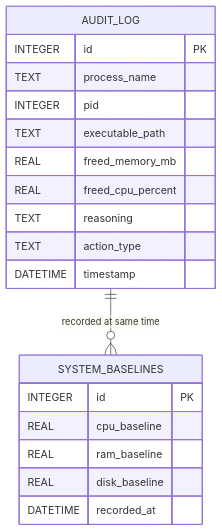
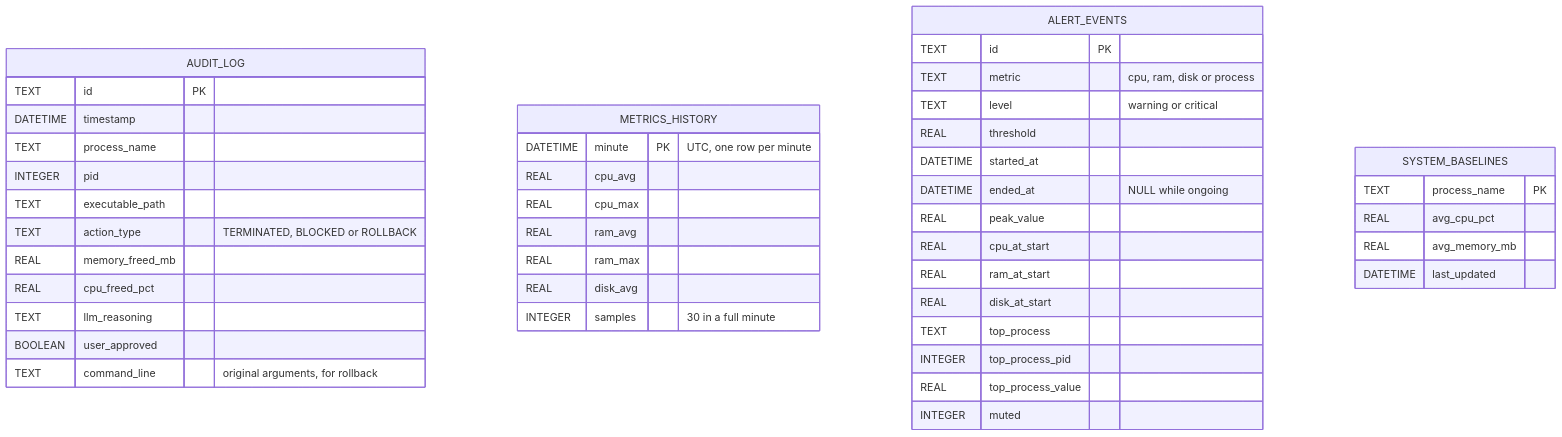
The fifth of 7 diagrams in README.md (Rahul-8283/KavanMCP), drawn with Mermaid before and after one commit. The commit also changed other lines of this file and 1 other file, not shown here.

First line of the commit message:
docs: bring the README up to date and make the audit part of closing a phase

````diff
--- a/README.md
+++ b/README.md
@@ -223,24 +220,50 @@
 ```mermaid
 erDiagram
     AUDIT_LOG {
-        INTEGER id PK
+        TEXT id PK
+        DATETIME timestamp
         TEXT process_name
         INTEGER pid
         TEXT executable_path
-        REAL freed_memory_mb
-        REAL freed_cpu_percent
-        TEXT reasoning
-        TEXT action_type
-        DATETIME timestamp
+        TEXT action_type "TERMINATED, BLOCKED or ROLLBACK"
+        REAL memory_freed_mb
+        REAL cpu_freed_pct
+        TEXT llm_reasoning
+        BOOLEAN user_approved
+        TEXT command_line "original arguments, for rollback"
+    }
+
+    METRICS_HISTORY {
+        DATETIME minute PK "UTC, one row per minute"
+        REAL cpu_avg
+        REAL cpu_max
+        REAL ram_avg
+        REAL ram_max
+        REAL disk_avg
+        INTEGER samples "30 in a full minute"
+    }
+
+    ALERT_EVENTS {
+        TEXT id PK
+        TEXT metric "cpu, ram, disk or process"
+        TEXT level "warning or critical"
+        REAL threshold
+        DATETIME started_at
+        DATETIME ended_at "NULL while ongoing"
+        REAL peak_value
+        REAL cpu_at_start
+        REAL ram_at_start
+        REAL disk_at_start
+        TEXT top_process
+        INTEGER top_process_pid
+        REAL top_process_value
+        INTEGER muted
     }
 
     SYSTEM_BASELINES {
-        INTEGER id PK
-        REAL cpu_baseline
-        REAL ram_baseline
-        REAL disk_baseline
-        DATETIME recorded_at
+        TEXT process_name PK
+        REAL avg_cpu_pct
+        REAL avg_memory_mb
+        DATETIME last_updated
     }
-
-    AUDIT_LOG ||--o{ SYSTEM_BASELINES : "recorded at same time"
 ```
````
